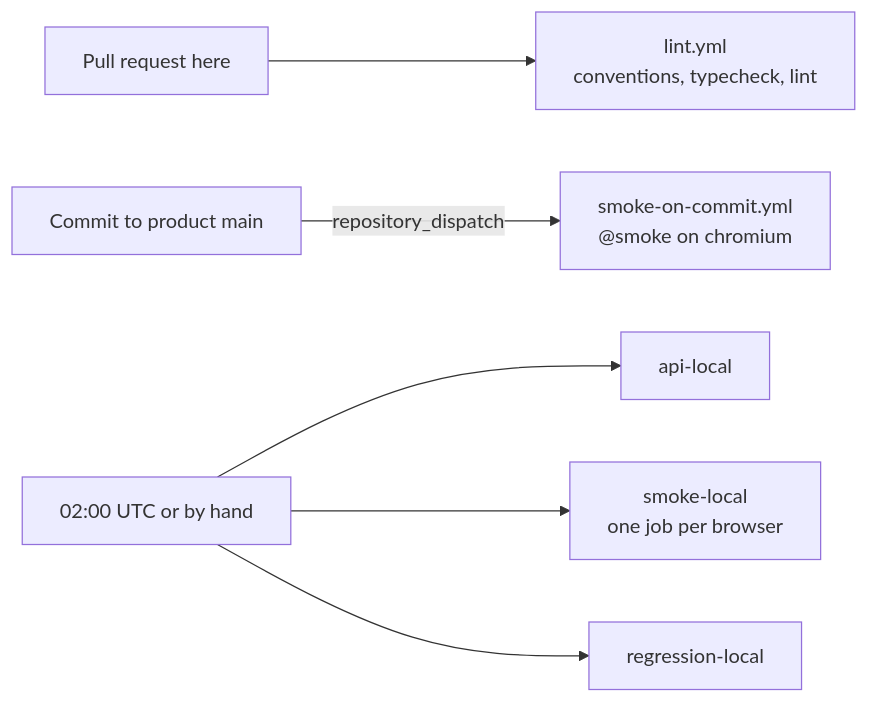
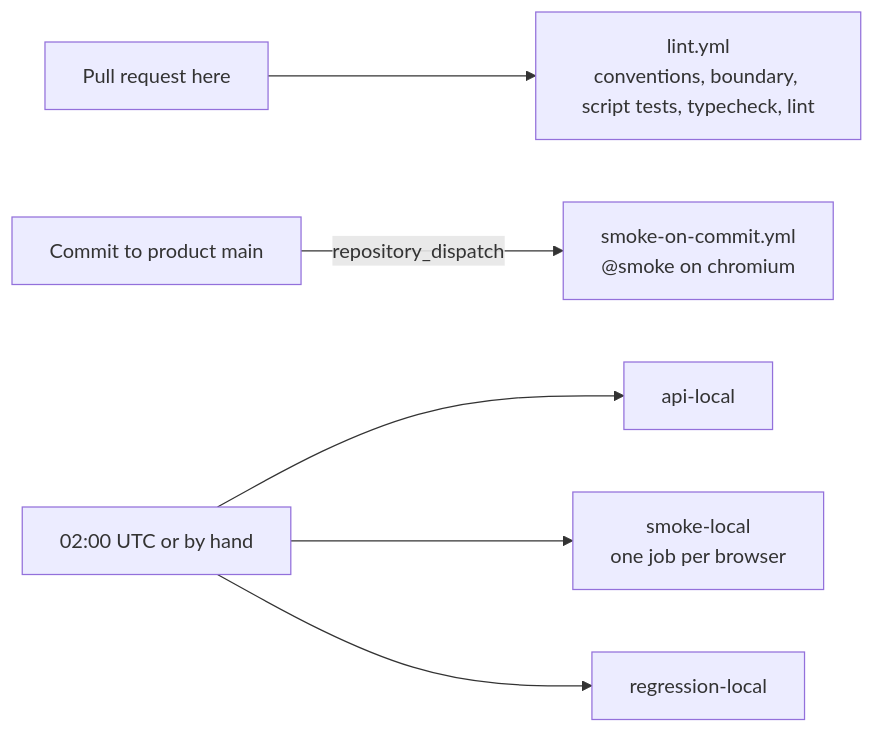
The second of 2 diagrams in README.md (AndreyPilipchenko/sample-playwright-framework), drawn with Mermaid before and after one commit. The commit also changed other lines of this file and 13 other files, not shown here.

````diff
--- a/README.md
+++ b/README.md
@@ -87,8 +88,8 @@
 ```mermaid
 flowchart LR
-    pr["Pull request here"] --> lint["lint.yml<br/>conventions, typecheck, lint"]
+    pr["Pull request here"] --> lint["lint.yml<br/>conventions, boundary, script tests, typecheck, lint"]
     push["Commit to product main"] -->|repository_dispatch| commit["smoke-on-commit.yml<br/>@smoke on chromium"]
     nightly["02:00 UTC or by hand"] --> api["api-local"]
     nightly --> smoke["smoke-local<br/>one job per browser"]
     nightly --> regression["regression-local"]
 ```
````
